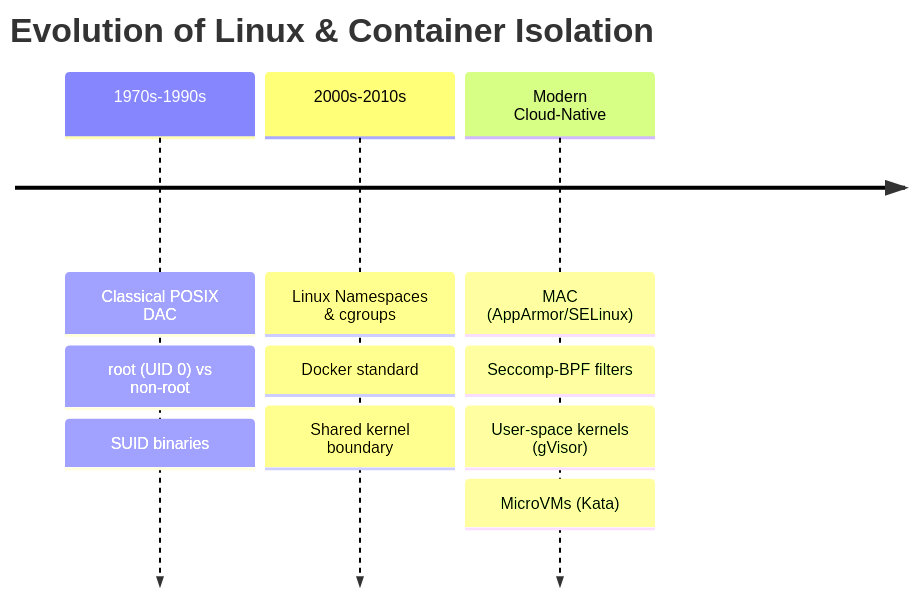
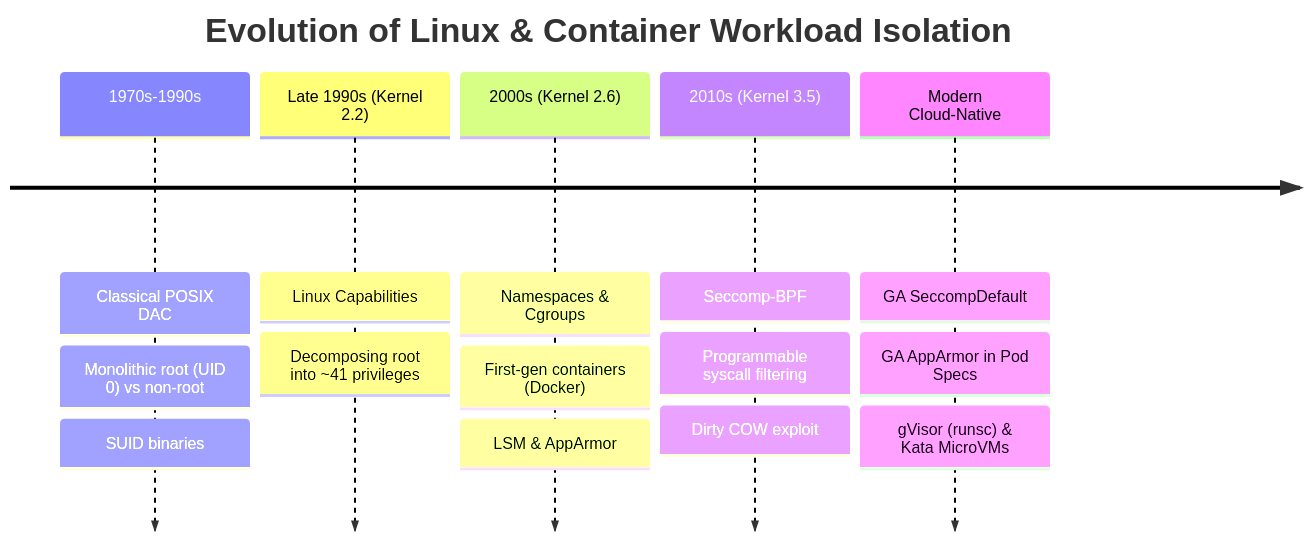
Before and after one commit to kmashour/BrainDump: the tenth of 10 diagrams in Reference Notes/0-7-9_workload_kernel_isolation_seccomp_apparmor_and_capabilities.md, drawn with Mermaid. The commit also changed other lines of this file and 1 other file, not shown here.

Commit message:
docs(cks): complete pedagogical overhaul of Module 0-7-9 with beginner-first mental models and KodeKloud depth

````diff
--- a/Reference Notes/0-7-9_workload_kernel_isolation_seccomp_apparmor_and_capabilities.md
+++ b/Reference Notes/0-7-9_workload_kernel_isolation_seccomp_apparmor_and_capabilities.md
@@ -871,7 +1024,9 @@
 ```mermaid
 timeline
-    title Evolution of Linux & Container Isolation
-    1970s-1990s : Classical POSIX DAC : root (UID 0) vs non-root : SUID binaries
-    2000s-2010s : Linux Namespaces & cgroups : Docker standard : Shared kernel boundary
-    Modern Cloud-Native : MAC (AppArmor/SELinux) : Seccomp-BPF filters : User-space kernels (gVisor) : MicroVMs (Kata)
+    title Evolution of Linux & Container Workload Isolation
+    1970s-1990s : Classical POSIX DAC : Monolithic root (UID 0) vs non-root : SUID binaries
+    Late 1990s (Kernel 2.2) : Linux Capabilities : Decomposing root into ~41 privileges
+    2000s (Kernel 2.6) : Namespaces & Cgroups : First-gen containers (Docker) : LSM & AppArmor
+    2010s (Kernel 3.5) : Seccomp-BPF : Programmable syscall filtering : Dirty COW exploit
+    Modern Cloud-Native : GA SeccompDefault : GA AppArmor in Pod Specs : gVisor (runsc) & Kata MicroVMs
 ```
````
